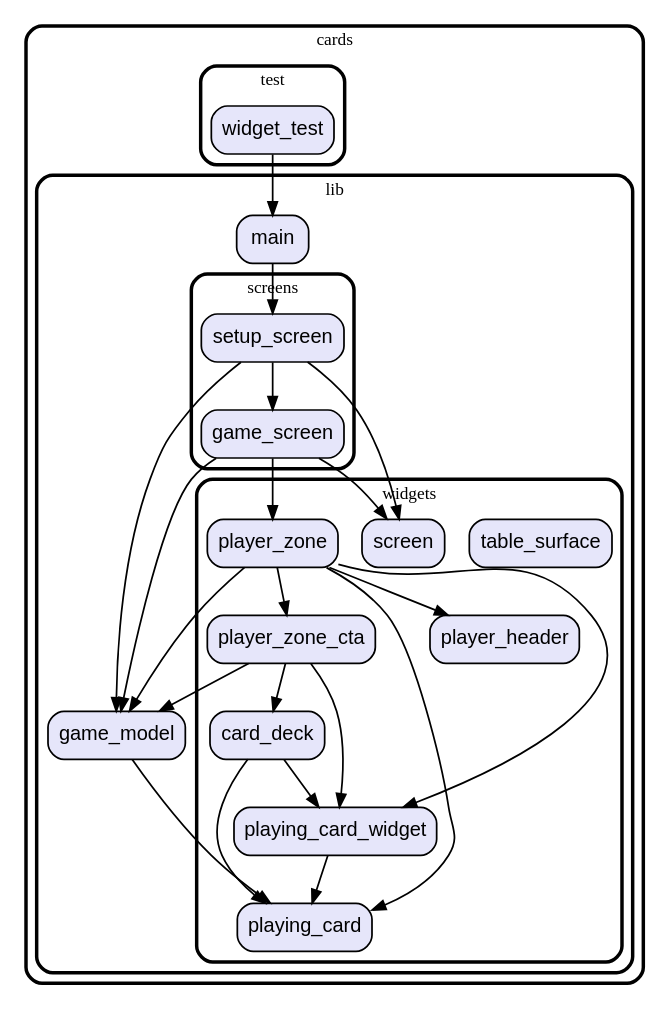
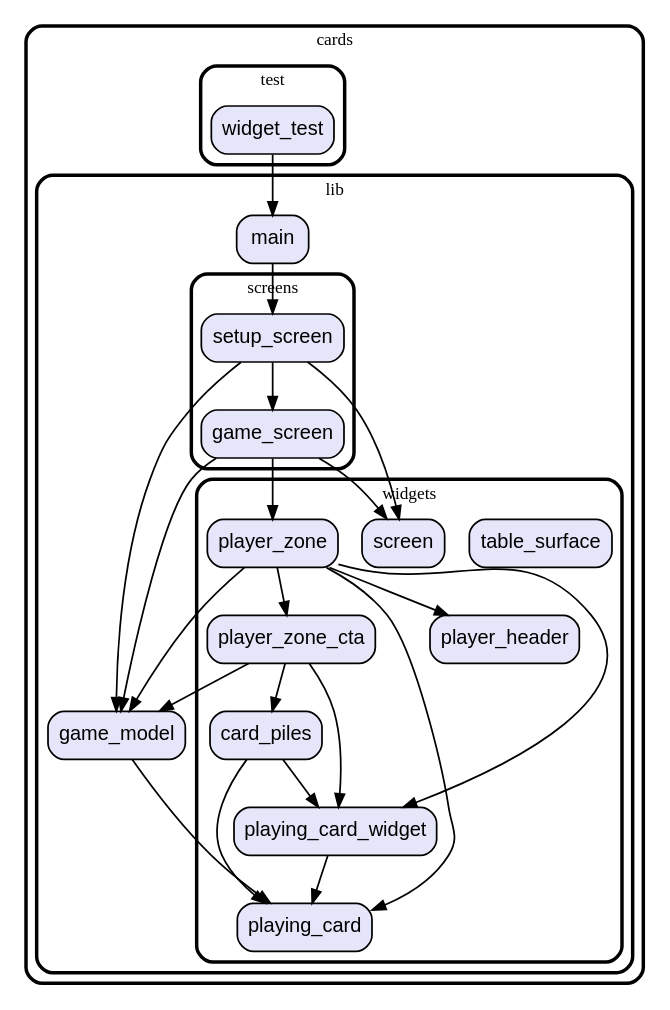
Before and after one commit to vteam-com/Cards: the diagram in graph.dot, drawn with Graphviz. The commit also changed 3 other files, not shown here.

Commit message:
refactor CardPiles

```diff
--- a/graph.dot
+++ b/graph.dot
@@ -1,66 +1,66 @@
 digraph "" {
   graph [style=rounded fontname="Arial Black" fontsize=13 penwidth=2.6];
   node [shape=rect style="filled,rounded" fontname=Arial fontsize=15 fillcolor=Lavender penwidth=1.3];
   edge [penwidth=1.3];
   "/test/widget_test.dart" [label="widget_test"];
   "/lib/game_model.dart" [label="game_model"];
   "/lib/screens/game_screen.dart" [label="game_screen"];
   "/lib/screens/setup_screen.dart" [label="setup_screen"];
   "/lib/main.dart" [label="main"];
   "/lib/widgets/playing_card_widget.dart" [label="playing_card_widget"];
-  "/lib/widgets/card_deck.dart" [label="card_deck"];
   "/lib/widgets/table_surface.dart" [label="table_surface"];
   "/lib/widgets/player_zone.dart" [label="player_zone"];
   "/lib/widgets/playing_card.dart" [label="playing_card"];
+  "/lib/widgets/card_piles.dart" [label="card_piles"];
   "/lib/widgets/player_zone_cta.dart" [label="player_zone_cta"];
   "/lib/widgets/screen.dart" [label="screen"];
   "/lib/widgets/player_header.dart" [label="player_header"];
   subgraph "cluster~" {
     label="cards";
     subgraph "cluster~/test" {
       label="test";
       "/test/widget_test.dart";
     }
     subgraph "cluster~/lib" {
       label="lib";
       "/lib/game_model.dart";
       "/lib/main.dart";
       subgraph "cluster~/lib/screens" {
         label="screens";
         "/lib/screens/game_screen.dart";
         "/lib/screens/setup_screen.dart";
       }
       subgraph "cluster~/lib/widgets" {
         label="widgets";
         "/lib/widgets/playing_card_widget.dart";
-        "/lib/widgets/card_deck.dart";
         "/lib/widgets/table_surface.dart";
         "/lib/widgets/player_zone.dart";
         "/lib/widgets/playing_card.dart";
+        "/lib/widgets/card_piles.dart";
         "/lib/widgets/player_zone_cta.dart";
         "/lib/widgets/screen.dart";
         "/lib/widgets/player_header.dart";
       }
     }
   }
   "/test/widget_test.dart" -> "/lib/main.dart";
   "/lib/game_model.dart" -> "/lib/widgets/playing_card.dart";
   "/lib/screens/game_screen.dart" -> "/lib/widgets/player_zone.dart";
   "/lib/screens/game_screen.dart" -> "/lib/widgets/screen.dart";
   "/lib/screens/game_screen.dart" -> "/lib/game_model.dart";
   "/lib/screens/setup_screen.dart" -> "/lib/game_model.dart";
   "/lib/screens/setup_screen.dart" -> "/lib/screens/game_screen.dart";
   "/lib/screens/setup_screen.dart" -> "/lib/widgets/screen.dart";
   "/lib/main.dart" -> "/lib/screens/setup_screen.dart";
   "/lib/widgets/playing_card_widget.dart" -> "/lib/widgets/playing_card.dart";
-  "/lib/widgets/card_deck.dart" -> "/lib/widgets/playing_card.dart";
-  "/lib/widgets/card_deck.dart" -> "/lib/widgets/playing_card_widget.dart";
   "/lib/widgets/player_zone.dart" -> "/lib/game_model.dart";
   "/lib/widgets/player_zone.dart" -> "/lib/widgets/player_header.dart";
   "/lib/widgets/player_zone.dart" -> "/lib/widgets/player_zone_cta.dart";
   "/lib/widgets/player_zone.dart" -> "/lib/widgets/playing_card.dart";
   "/lib/widgets/player_zone.dart" -> "/lib/widgets/playing_card_widget.dart";
+  "/lib/widgets/card_piles.dart" -> "/lib/widgets/playing_card.dart";
+  "/lib/widgets/card_piles.dart" -> "/lib/widgets/playing_card_widget.dart";
   "/lib/widgets/player_zone_cta.dart" -> "/lib/game_model.dart";
-  "/lib/widgets/player_zone_cta.dart" -> "/lib/widgets/card_deck.dart";
+  "/lib/widgets/player_zone_cta.dart" -> "/lib/widgets/card_piles.dart";
   "/lib/widgets/player_zone_cta.dart" -> "/lib/widgets/playing_card_widget.dart";
 }
```
